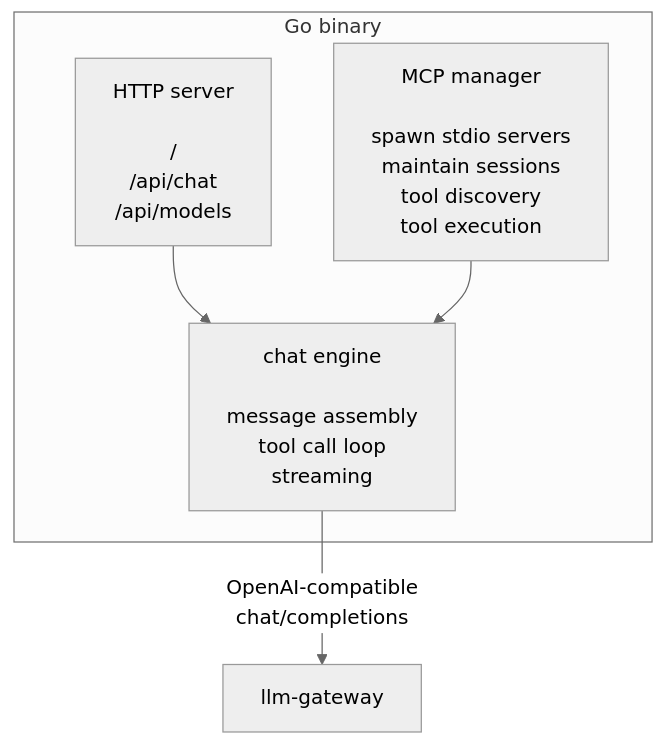
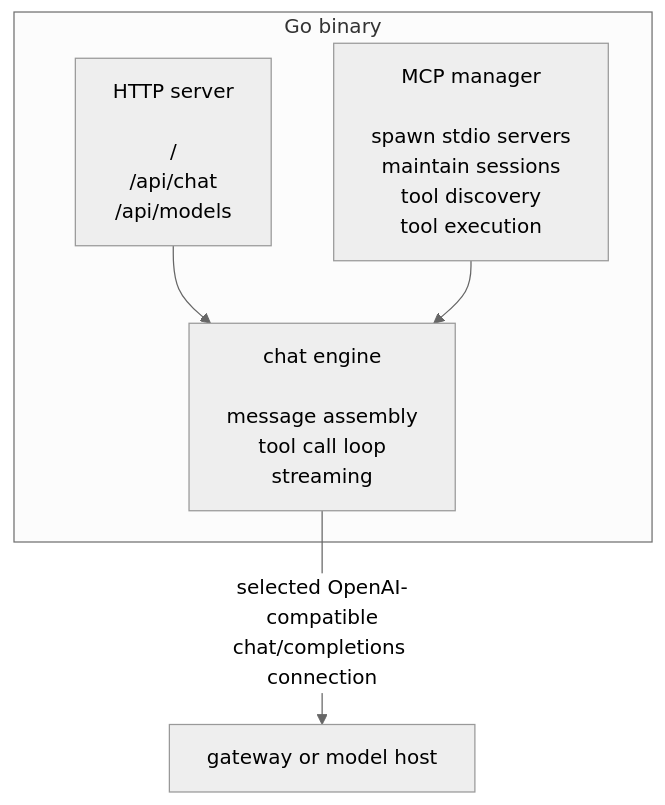
Before and after one commit to michaelquigley/pane: the second of 4 diagrams in docs/current/pane.md, drawn with Mermaid (neutral theme). The commit also changed other lines of this file and 21 other files, not shown here.

````diff
--- a/docs/current/pane.md
+++ b/docs/current/pane.md
@@ -37,11 +38,11 @@
 ```mermaid
 flowchart TB
     subgraph binary["Go binary"]
         http["HTTP server<br/><br/>/<br/>/api/chat<br/>/api/models"]
         manager["MCP manager<br/><br/>spawn stdio servers<br/>maintain sessions<br/>tool discovery<br/>tool execution"]
         engine["chat engine<br/><br/>message assembly<br/>tool call loop<br/>streaming"]
         http --> engine
         manager --> engine
     end
-    engine -- "OpenAI-compatible<br/>chat/completions" --> gateway["llm-gateway"]
+    engine -- "selected OpenAI-compatible<br/>chat/completions connection" --> upstream["gateway or model host"]
 ```
````
